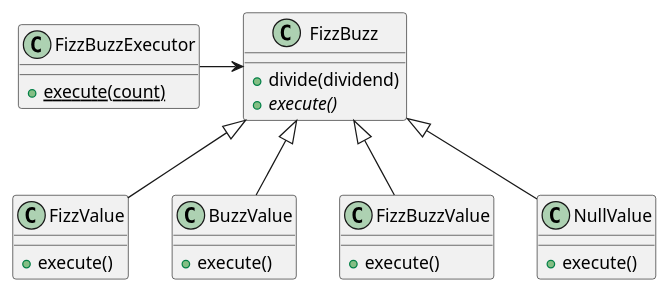
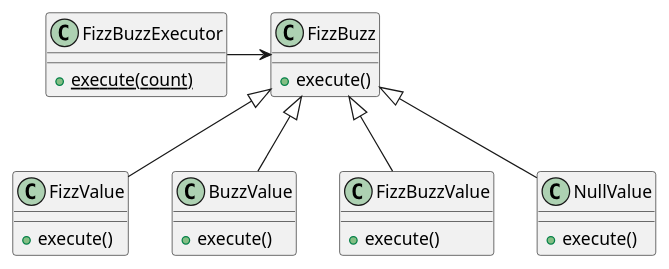
Before and after one commit to k2works/etude_for_ruby: the first of 5 diagrams in docs/dev/_fizz_buzz.md, drawn with PlantUML. The commit also changed other lines of this file and 9 other files, not shown here.

````diff
--- a/docs/dev/_fizz_buzz.md
+++ b/docs/dev/_fizz_buzz.md
@@ -37,28 +37,27 @@
 ```puml
 @startuml
 class FizzBuzzExecutor {
   +{static}execute(count)  
 }
 class FizzBuzz {
-  +divide(dividend)
-  +{abstract}execute()
+  +execute()
 }
 class FizzValue {
   +execute()
 }
 class BuzzValue {
   +execute()
 }
 class FizzBuzzValue {
   +execute()
 }
 class NullValue {
   +execute()
 }
 FizzBuzzExecutor -> FizzBuzz
 FizzBuzz <|-- FizzValue
 FizzBuzz <|-- BuzzValue
 FizzBuzz <|-- FizzBuzzValue
 FizzBuzz <|-- NullValue
 @enduml
 ```
````
